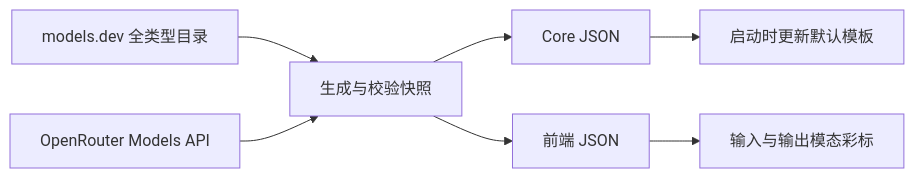
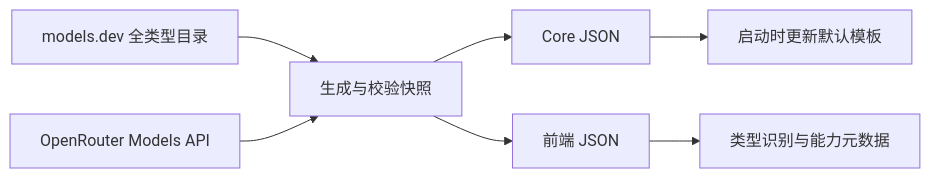
Before and after one commit to LazyAGI/LazyMind: the diagram in docs/development/upstream-model-catalog.md, drawn with Mermaid. The commit also changed other lines of this file and 35 other files, not shown here.

````diff
--- a/docs/development/upstream-model-catalog.md
+++ b/docs/development/upstream-model-catalog.md
@@ -7,9 +7,9 @@
 ```mermaid
 flowchart LR
     A[models.dev 全类型目录] --> C[生成与校验快照]
     B[OpenRouter Models API] --> C
     C --> D[Core JSON]
     C --> E[前端 JSON]
     D --> F[启动时更新默认模板]
-    E --> G[输入与输出模态彩标]
+    E --> G[类型识别与能力元数据]
 ```
````
